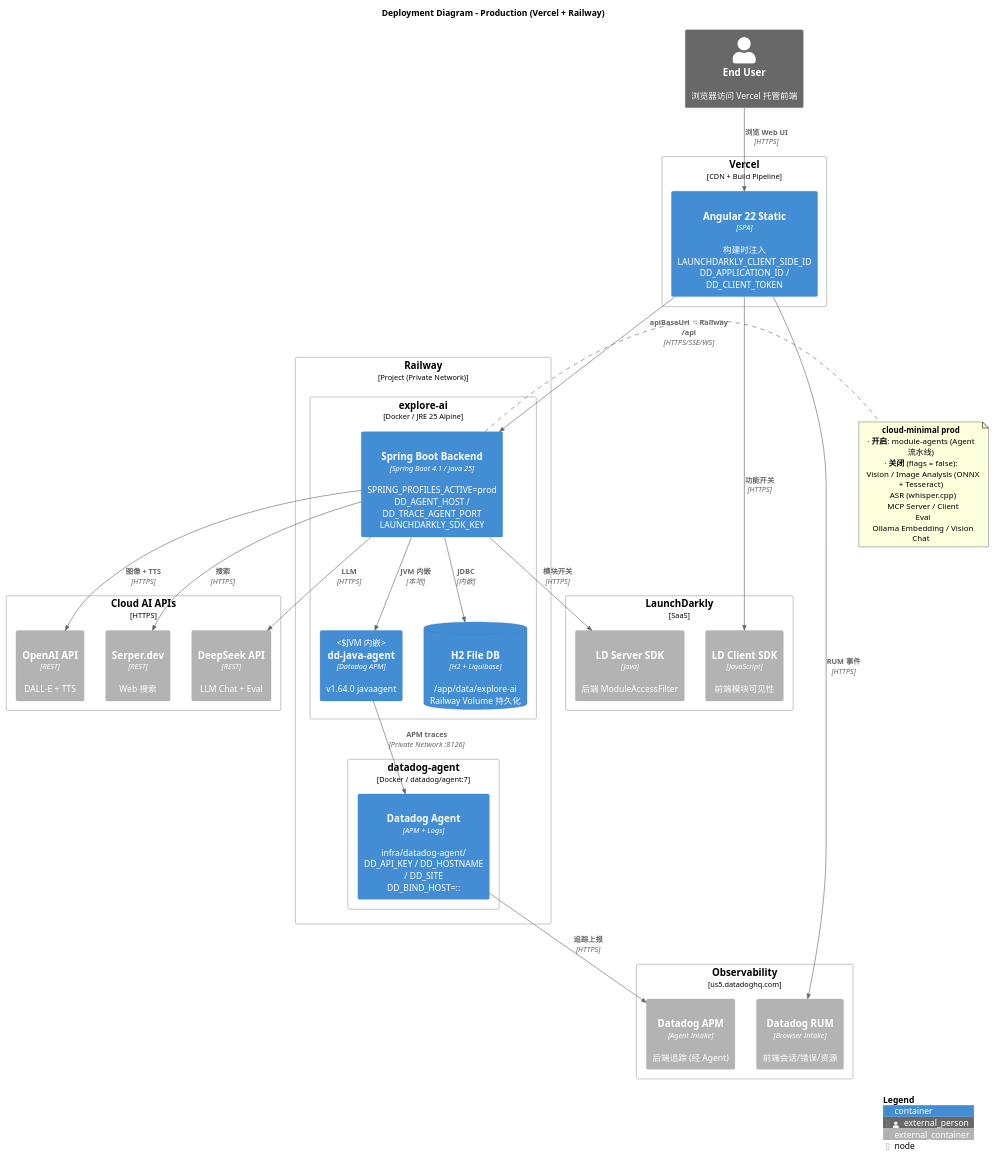
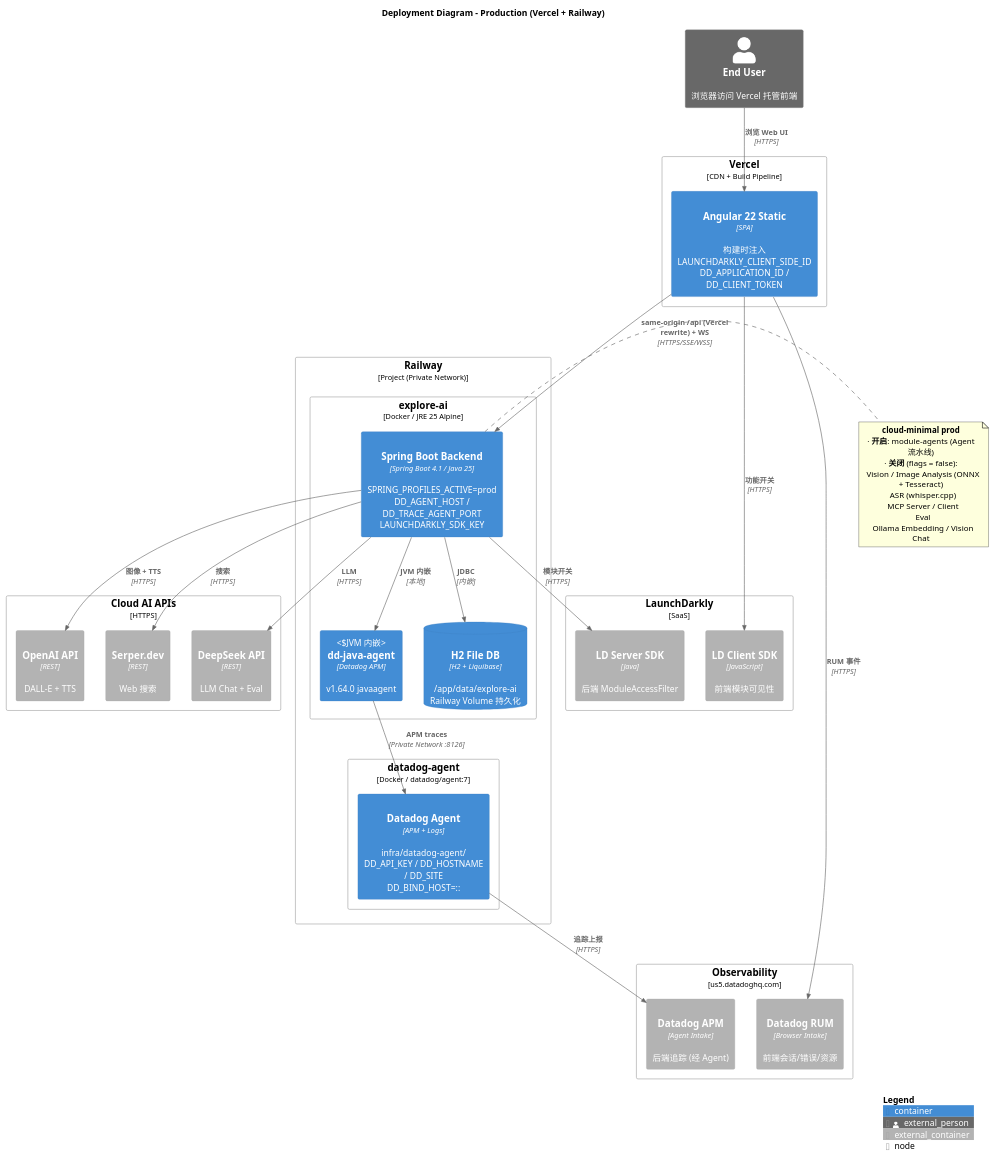
The diagram in docs/developer/c4-model/C4-Deployment-Production.puml (felixzhu97/explore-ai), drawn with PlantUML before and after one commit. The commit also changed 3 other files, not shown here.

First line of the commit message:
fix: serve prod API same-origin via Vercel (#311)

```diff
--- a/docs/developer/c4-model/C4-Deployment-Production.puml
+++ b/docs/developer/c4-model/C4-Deployment-Production.puml
@@ -1,71 +1,71 @@
 @startuml C4-Deployment-Production
 !include https://raw.githubusercontent.com/plantuml-stdlib/C4-PlantUML/master/C4_Deployment.puml
 
 LAYOUT_WITH_LEGEND()
 
 title Deployment Diagram - Production (Vercel + Railway)
 
 Person_Ext(user, "End User", "浏览器访问 Vercel 托管前端")
 
 Deployment_Node(vercel, "Vercel", "CDN + Build Pipeline") {
     Container(angular_static, "Angular 22 Static", "SPA", "构建时注入\nLAUNCHDARKLY_CLIENT_SIDE_ID\nDD_APPLICATION_ID / DD_CLIENT_TOKEN", "HTTPS")
 }
 
 Deployment_Node(railway, "Railway", "Project (Private Network)") {
     Deployment_Node(explore_ai_svc, "explore-ai", "Docker / JRE 25 Alpine") {
         Container(backend, "Spring Boot Backend", "Spring Boot 4.1 / Java 25", "SPRING_PROFILES_ACTIVE=prod\nDD_AGENT_HOST / DD_TRACE_AGENT_PORT\nLAUNCHDARKLY_SDK_KEY", "8080")
         Container(dd_javaagent, "dd-java-agent", "Datadog APM", "v1.64.0 javaagent", "JVM 内嵌")
         ContainerDb(h2_volume, "H2 File DB", "H2 + Liquibase", "/app/data/explore-ai\nRailway Volume 持久化", "内嵌")
     }
     Deployment_Node(datadog_agent_svc, "datadog-agent", "Docker / datadog/agent:7") {
         Container(dd_agent, "Datadog Agent", "APM + Logs", "infra/datadog-agent/\nDD_API_KEY / DD_HOSTNAME / DD_SITE\nDD_BIND_HOST=::", "8126")
     }
 }
 
 Deployment_Node(observability, "Observability", "us5.datadoghq.com") {
     Container_Ext(datadog_rum, "Datadog RUM", "Browser Intake", "前端会话/错误/资源", "HTTPS")
     Container_Ext(datadog_apm, "Datadog APM", "Agent Intake", "后端追踪 (经 Agent)", "HTTPS")
 }
 
 Deployment_Node(feature_flags, "LaunchDarkly", "SaaS") {
     Container_Ext(ld_client, "LD Client SDK", "JavaScript", "前端模块可见性", "HTTPS")
     Container_Ext(ld_server, "LD Server SDK", "Java", "后端 ModuleAccessFilter", "HTTPS")
 }
 
 Deployment_Node(cloud_ai, "Cloud AI APIs", "HTTPS") {
     Container_Ext(deepseek_api, "DeepSeek API", "REST", "LLM Chat + Eval", "HTTPS")
     Container_Ext(openai_api, "OpenAI API", "REST", "DALL-E + TTS", "HTTPS")
     Container_Ext(serper_api, "Serper.dev", "REST", "Web 搜索", "HTTPS")
 }
 
 ' ============================================================
 ' RELATIONSHIPS
 ' ============================================================
 Rel(user, angular_static, "浏览 Web UI", "HTTPS")
-Rel(angular_static, backend, "apiBaseUrl → Railway /api", "HTTPS/SSE/WS")
+Rel(angular_static, backend, "same-origin /api (Vercel rewrite) + WS", "HTTPS/SSE/WSS")
 Rel(angular_static, datadog_rum, "RUM 事件", "HTTPS")
 Rel(angular_static, ld_client, "功能开关", "HTTPS")
 
 Rel(backend, h2_volume, "JDBC", "内嵌")
 Rel(backend, dd_javaagent, "JVM 内嵌", "本地")
 Rel(dd_javaagent, dd_agent, "APM traces", "Private Network :8126")
 Rel(dd_agent, datadog_apm, "追踪上报", "HTTPS")
 Rel(backend, ld_server, "模块开关", "HTTPS")
 
 Rel(backend, deepseek_api, "LLM", "HTTPS")
 Rel(backend, openai_api, "图像 + TTS", "HTTPS")
 Rel(backend, serper_api, "搜索", "HTTPS")
 
 note right of backend
   **cloud-minimal prod**
   · **开启**: module-agents (Agent 流水线)
   · **关闭** (flags = false):
     Vision / Image Analysis (ONNX + Tesseract)
     ASR (whisper.cpp)
     MCP Server / Client
     Eval
     Ollama Embedding / Vision Chat
 end note
 
 SHOW_LEGEND()
 @enduml
```
